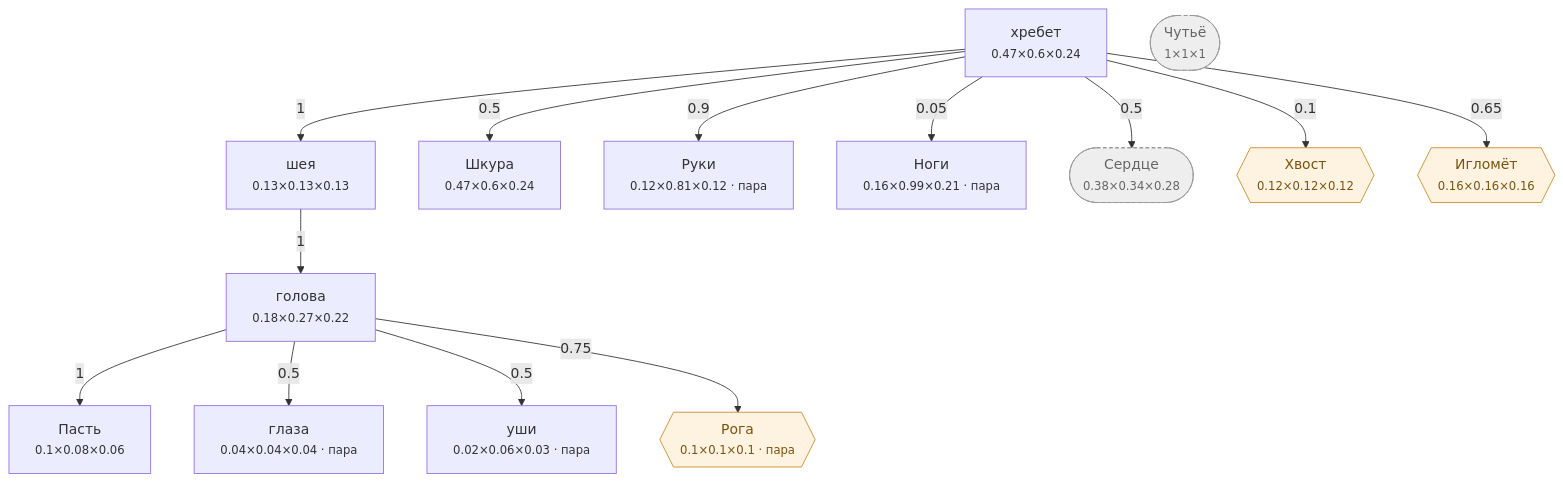
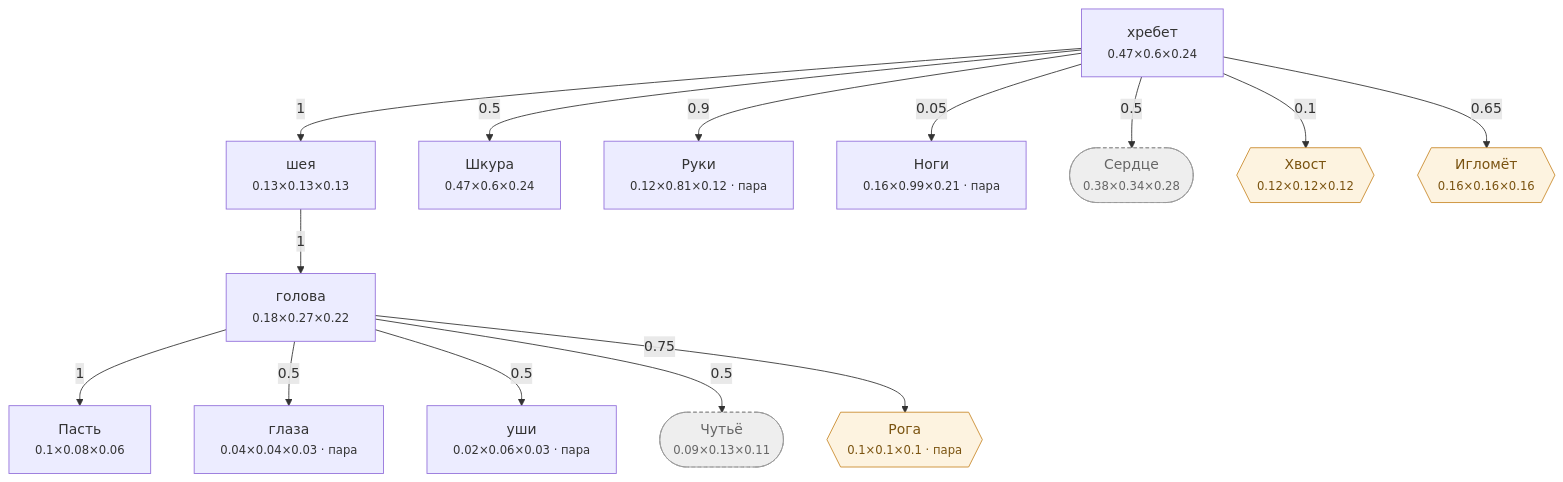
One commit to darklordshish/ChimeraEvolution-2026-06-26_15-29-59 changed the diagram in Docs/Диаграммы/Человек.md. Above: the diagram before and after it, drawn with Mermaid. The commit also changed other lines of this file and 8 other files, not shown here.

First line of the commit message:
Габарит цепи знает про наследование, схема печатает разрешённый калибр

````diff
--- a/Docs/Диаграммы/Человек.md
+++ b/Docs/Диаграммы/Человек.md
@@ -22,36 +22,37 @@
 ```mermaid
 flowchart TD
     n0["хребет<br/><small>0.47×0.6×0.24</small>"]
     n1["голова<br/><small>0.18×0.27×0.22</small>"]
     n2["Пасть<br/><small>0.1×0.08×0.06</small>"]
-    n3["глаза<br/><small>0.04×0.04×0.04 · пара</small>"]
+    n3["глаза<br/><small>0.04×0.04×0.03 · пара</small>"]
     n4["уши<br/><small>0.02×0.06×0.03 · пара</small>"]
     n5["шея<br/><small>0.13×0.13×0.13</small>"]
     n6["Шкура<br/><small>0.47×0.6×0.24</small>"]
     n7["Руки<br/><small>0.12×0.81×0.12 · пара</small>"]
     n8["Ноги<br/><small>0.16×0.99×0.21 · пара</small>"]
     n9(["Сердце<br/><small>0.38×0.34×0.28</small>"])
-    n10(["Чутьё<br/><small>1×1×1</small>"])
+    n10(["Чутьё<br/><small>0.09×0.13×0.11</small>"])
     n11{{"Хвост<br/><small>0.12×0.12×0.12</small>"}}
     n12{{"Рога<br/><small>0.1×0.1×0.1 · пара</small>"}}
     n13{{"Игломёт<br/><small>0.16×0.16×0.16</small>"}}
 
     n5 -->|1| n1
     n1 -->|1| n2
     n1 -->|0.5| n3
     n1 -->|0.5| n4
     n0 -->|1| n5
     n0 -->|0.5| n6
     n0 -->|0.9| n7
     n0 -->|0.05| n8
     n0 -->|0.5| n9
+    n1 -->|0.5| n10
     n0 -->|0.1| n11
     n1 -->|0.75| n12
     n0 -->|0.65| n13
 
     classDef hid fill:#eee,stroke:#999,stroke-dasharray:4 3,color:#666
     classDef gr fill:#fdf3e0,stroke:#c98a2b,color:#7a5310
     classDef ch fill:#e8f2ff,stroke:#3b74c4,color:#1c3f70
     class n9,n10 hid
     class n11,n12,n13 gr
 ```
````
